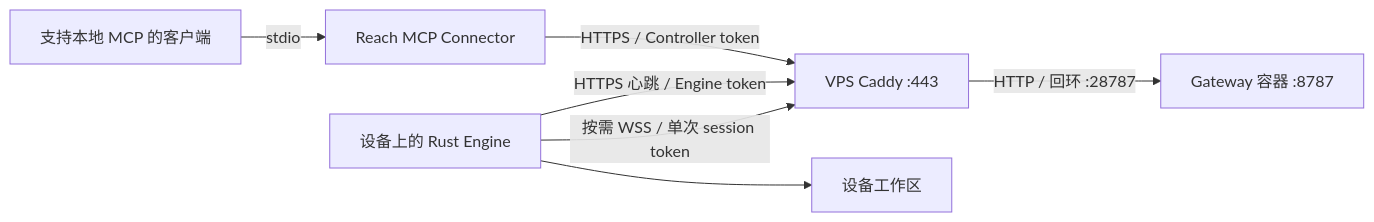
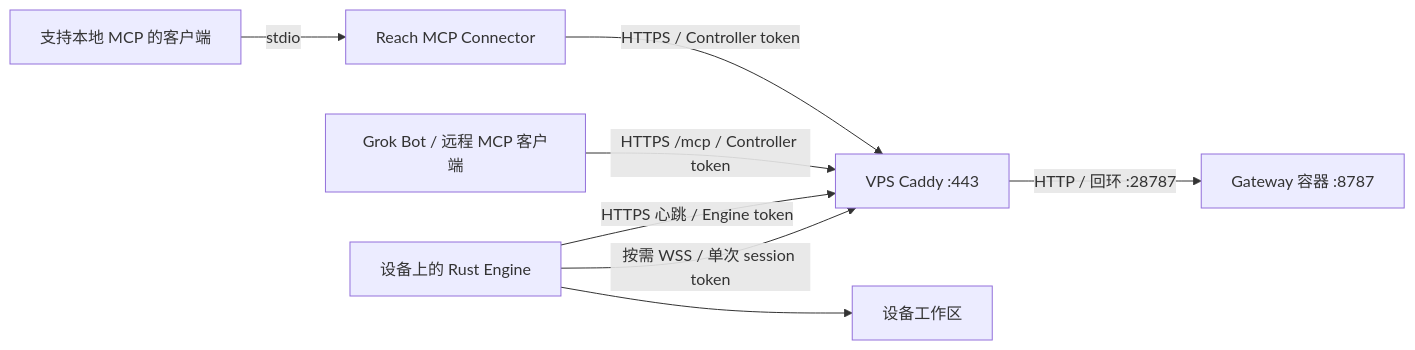
Before and after one commit to zpershuai/reach: the diagram in docs/deploy/README.md, drawn with Mermaid. The commit also changed other lines of this file and 43 other files, not shown here.

````diff
--- a/docs/deploy/README.md
+++ b/docs/deploy/README.md
@@ -24,9 +24,10 @@
 ```mermaid
 flowchart LR
     Host[支持本地 MCP 的客户端] -->|stdio| MCP[Reach MCP Connector]
     MCP -->|HTTPS / Controller token| Caddy[VPS Caddy :443]
+    Cloud[Grok Bot / 远程 MCP 客户端] -->|HTTPS /mcp / Controller token| Caddy
     Caddy -->|HTTP / 回环 :28787| Gateway[Gateway 容器 :8787]
     Engine[设备上的 Rust Engine] -->|HTTPS 心跳 / Engine token| Caddy
     Engine -->|按需 WSS / 单次 session token| Caddy
     Engine --> Workspace[设备工作区]
 ```
````
